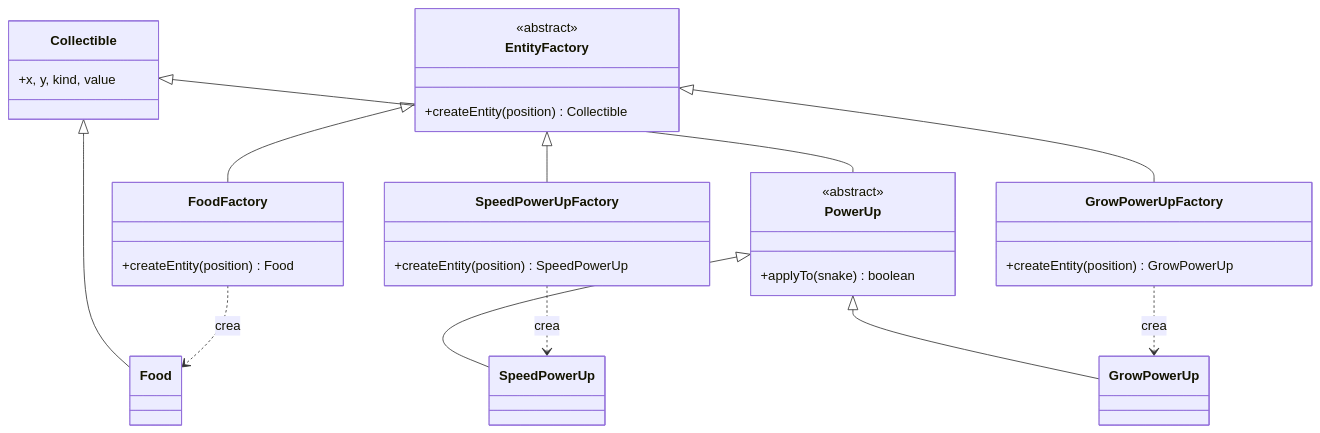
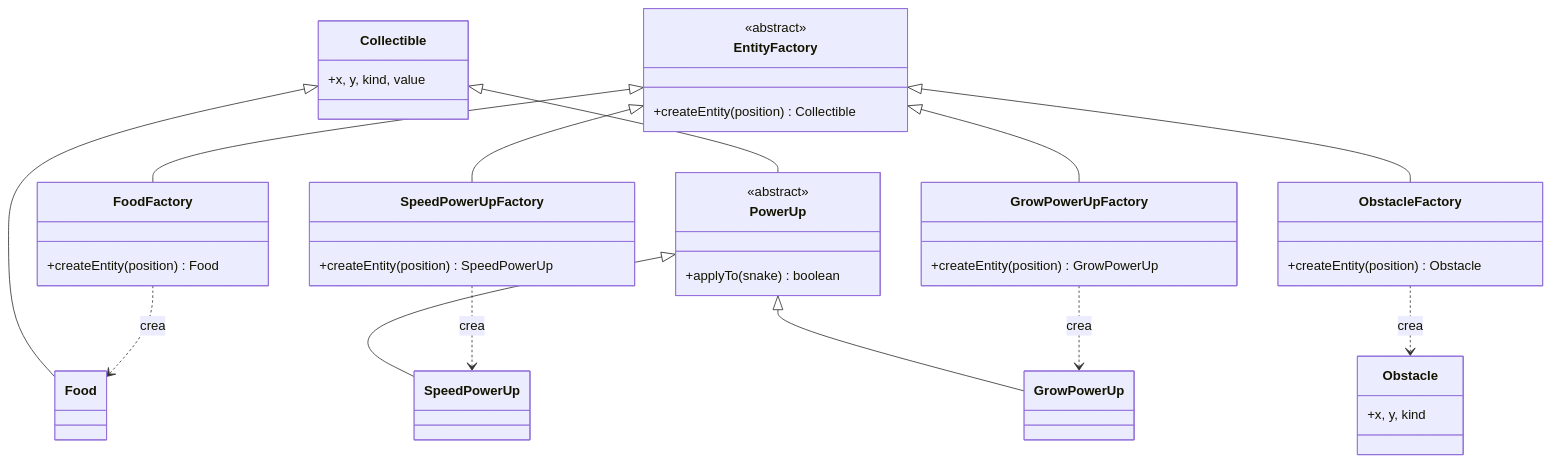
The diagram in snake-despues/docs/patrones/factory-method-entityfactory.md (Duvanmarriaga/snakes_especializacion), drawn with Mermaid before and after one commit. The commit also changed other lines of this file and 28 other files, not shown here.

````diff
--- a/snake-despues/docs/patrones/factory-method-entityfactory.md
+++ b/snake-despues/docs/patrones/factory-method-entityfactory.md
@@ -9,37 +11,45 @@
 ```mermaid
 classDiagram
     class EntityFactory {
         <<abstract>>
         +createEntity(position) Collectible
     }
     class FoodFactory {
         +createEntity(position) Food
     }
     class SpeedPowerUpFactory {
         +createEntity(position) SpeedPowerUp
     }
     class GrowPowerUpFactory {
         +createEntity(position) GrowPowerUp
     }
+    class ObstacleFactory {
+        +createEntity(position) Obstacle
+    }
     class Collectible {
         +x, y, kind, value
     }
     class Food
     class PowerUp {
         <<abstract>>
         +applyTo(snake) boolean
     }
     class SpeedPowerUp
     class GrowPowerUp
+    class Obstacle {
+        +x, y, kind
+    }
 
     EntityFactory <|-- FoodFactory
     EntityFactory <|-- SpeedPowerUpFactory
     EntityFactory <|-- GrowPowerUpFactory
+    EntityFactory <|-- ObstacleFactory
     Collectible <|-- Food
     Collectible <|-- PowerUp
     PowerUp <|-- SpeedPowerUp
     PowerUp <|-- GrowPowerUp
     FoodFactory ..> Food : crea
     SpeedPowerUpFactory ..> SpeedPowerUp : crea
     GrowPowerUpFactory ..> GrowPowerUp : crea
+    ObstacleFactory ..> Obstacle : crea
 ```
````
